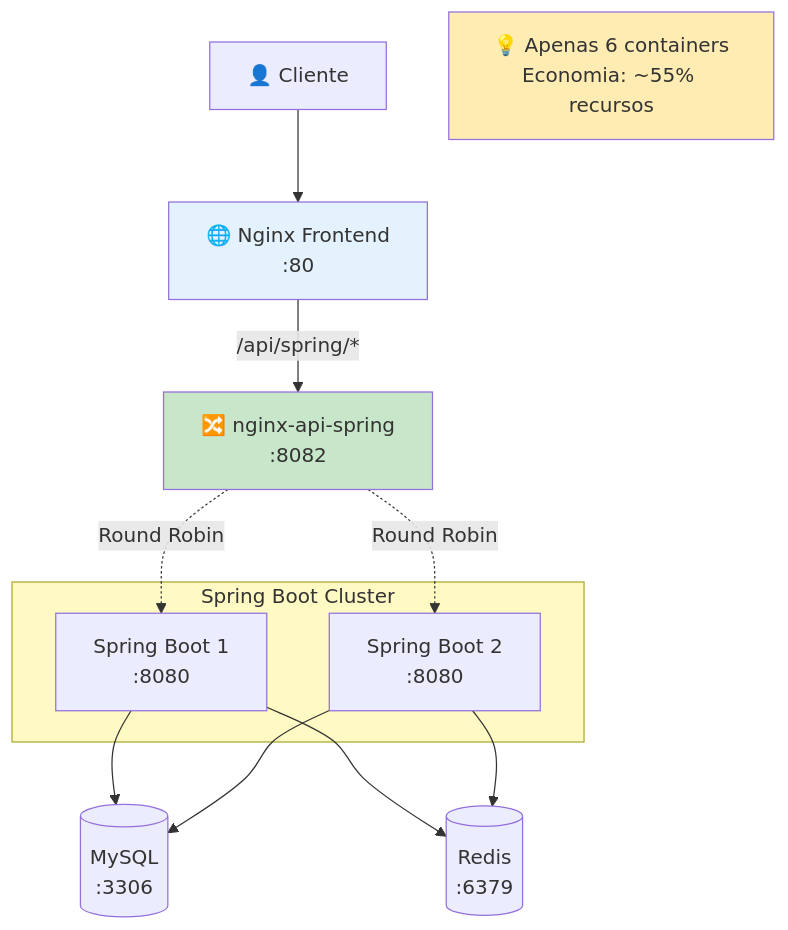
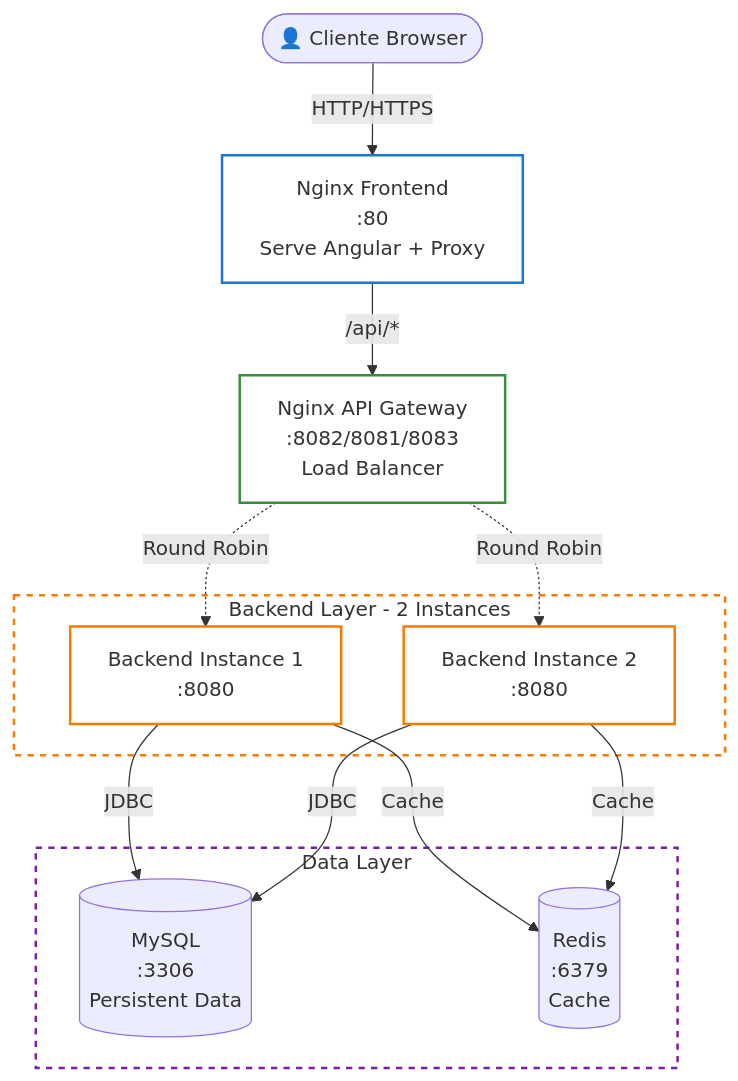
Before and after one commit to leandro-yamaniha/java-hexagonal: the second of 2 diagrams in docker-infrastructure/README.md, drawn with Mermaid. The commit also changed other lines of this file and 4 other files, not shown here.

Commit message:
docs: reorganize frontend docs and add architecture diagrams

````diff
--- a/docker-infrastructure/README.md
+++ b/docker-infrastructure/README.md
@@ -116,27 +59,30 @@
 ```mermaid
 graph TB
-    Client[👤 Cliente]
-    Frontend[🌐 Nginx Frontend<br/>:80]
-    SpringGW[🔀 nginx-api-spring<br/>:8082]
+    User([👤 Cliente Browser])
+    NginxFE[Nginx Frontend<br/>:80<br/>Serve Angular + Proxy]
+    NginxAPI[Nginx API Gateway<br/>:8082/8081/8083<br/>Load Balancer]
     
-    subgraph SpringCluster["Spring Boot Cluster"]
-        SP1[Spring Boot 1<br/>:8080]
-        SP2[Spring Boot 2<br/>:8080]
+    subgraph Backend["Backend Layer - 2 Instances"]
+        B1[Backend Instance 1<br/>:8080]
+        B2[Backend Instance 2<br/>:8080]
     end
     
-    DB[(MySQL<br/>:3306)]
-    Cache[(Redis<br/>:6379)]
+    subgraph DataLayer["Data Layer"]
+        DB[(MySQL<br/>:3306<br/>Persistent Data)]
+        Cache[(Redis<br/>:6379<br/>Cache)]
+    end
     
-    Client --> Frontend
-    Frontend -->|/api/spring/*| SpringGW
-    SpringGW -.Round Robin.-> SP1
-    SpringGW -.Round Robin.-> SP2
-    SP1 & SP2 --> DB & Cache
+    User -->|HTTP/HTTPS| NginxFE
+    NginxFE -->|/api/*| NginxAPI
+    NginxAPI -.Round Robin.-> B1
+    NginxAPI -.Round Robin.-> B2
+    B1 & B2 -->|JDBC| DB
+    B1 & B2 -->|Cache| Cache
     
-    Note[💡 Apenas 6 containers<br/>Economia: ~55% recursos]
-    
-    style Frontend fill:#E3F2FD
-    style SpringGW fill:#C8E6C9
-    style SpringCluster fill:#FFF9C4
-    style Note fill:#FFECB3
+    style NginxFE fill:none,stroke:#1976D2,stroke-width:2px
+    style NginxAPI fill:none,stroke:#388E3C,stroke-width:2px
+    style Backend fill:none,stroke:#F57C00,stroke-width:2px,stroke-dasharray: 5 5
+    style DataLayer fill:none,stroke:#7B1FA2,stroke-width:2px,stroke-dasharray: 5 5
+    style B1 fill:none,stroke:#F57C00,stroke-width:2px
+    style B2 fill:none,stroke:#F57C00,stroke-width:2px
 ```
````
